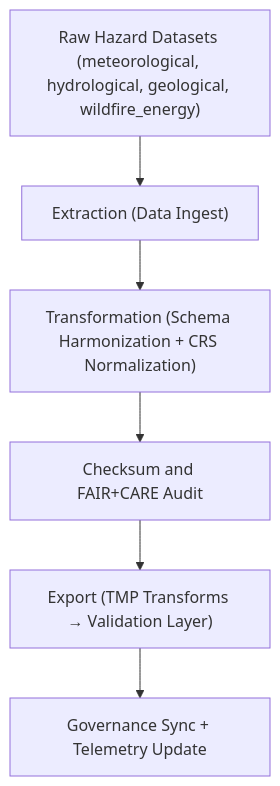
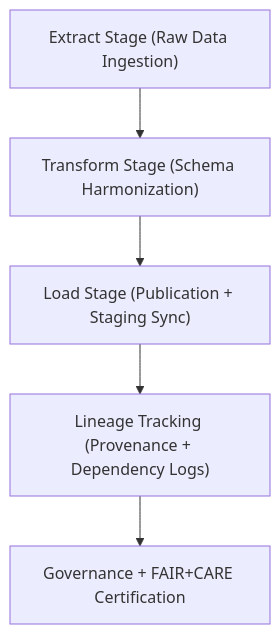
Before and after one commit to bartytime4life/Kansas-Frontier-Matrix: the diagram in data/work/tmp/hazards/logs/etl/README.md, drawn with Mermaid. The commit also changed other lines of this file, not shown here.

````diff
--- a/data/work/tmp/hazards/logs/etl/README.md
+++ b/data/work/tmp/hazards/logs/etl/README.md
@@ -69,8 +69,7 @@
 ```mermaid
 flowchart TD
-    A["Raw Hazard Datasets (meteorological, hydrological, geological, wildfire_energy)"] --> B["Extraction (Data Ingest)"]
-    B --> C["Transformation (Schema Harmonization + CRS Normalization)"]
-    C --> D["Checksum and FAIR+CARE Audit"]
-    D --> E["Export (TMP Transforms → Validation Layer)"]
-    E --> F["Governance Sync + Telemetry Update"]
+    A["Extract Stage (Raw Data Ingestion)"] --> B["Transform Stage (Schema Harmonization)"]
+    B --> C["Load Stage (Publication + Staging Sync)"]
+    C --> D["Lineage Tracking (Provenance + Dependency Logs)"]
+    D --> E["Governance + FAIR+CARE Certification"]
 ```
````
